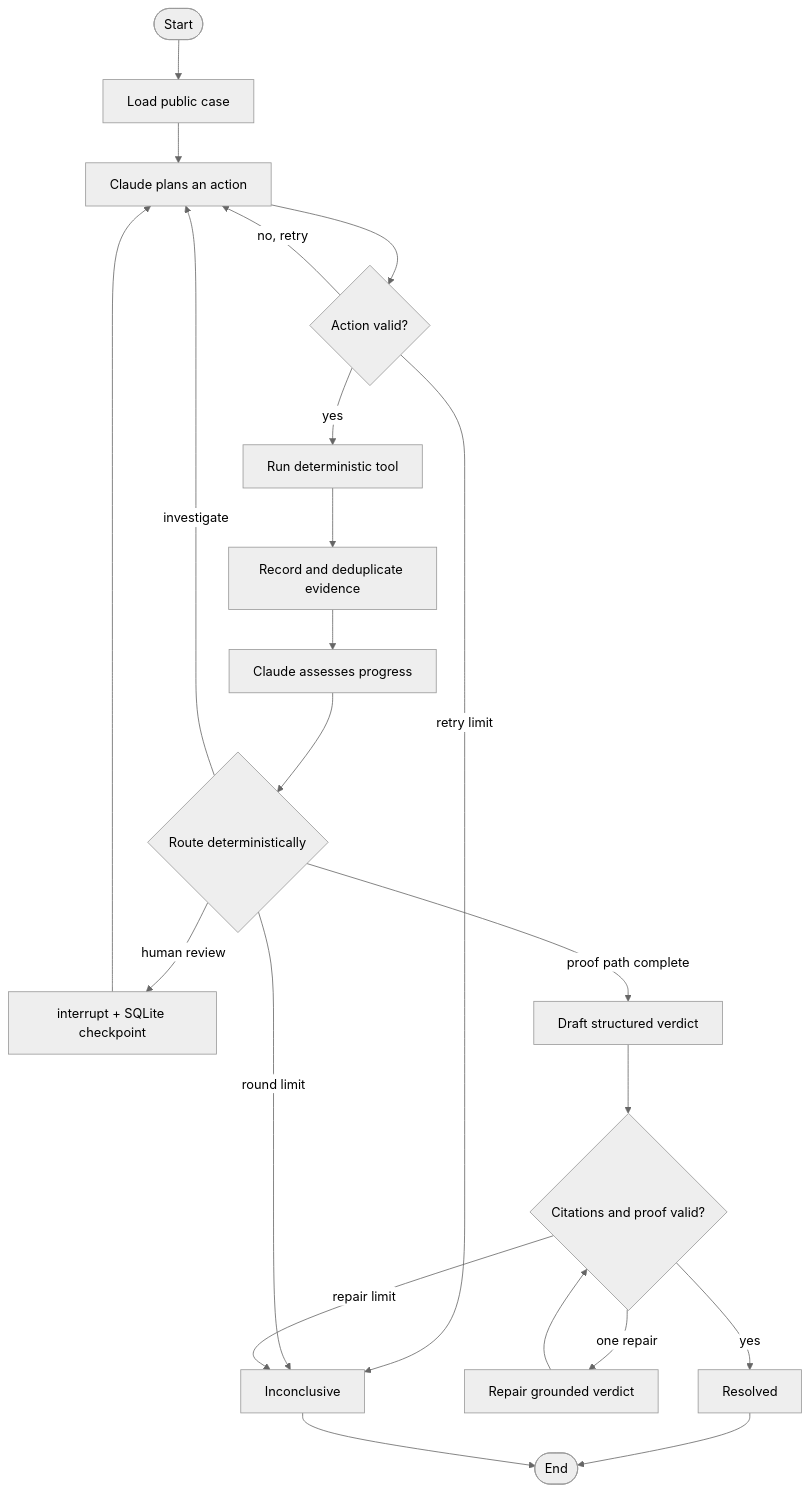
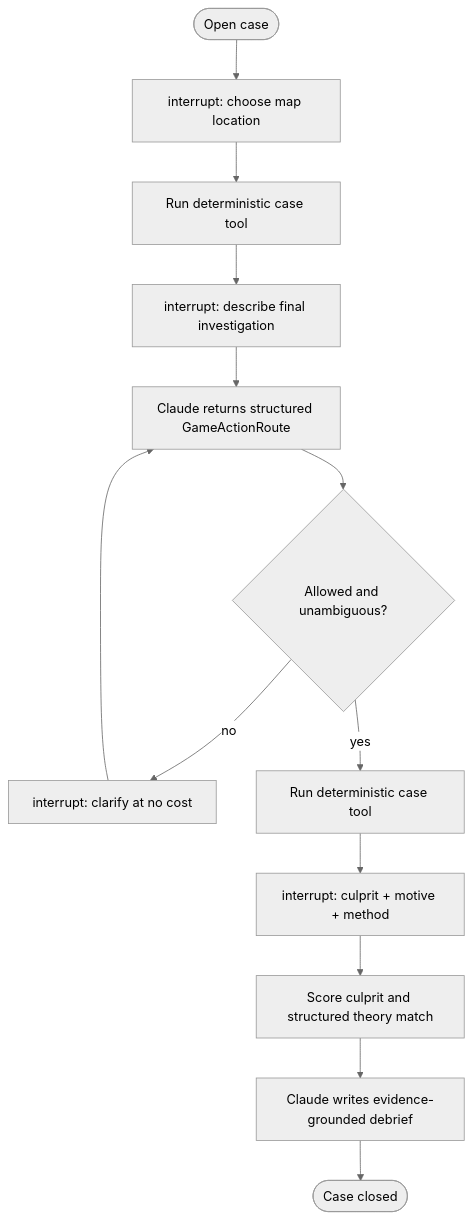
Before and after one commit to DuyPham97/case-closed-langgraph: the diagram in README.md, drawn with Mermaid (neutral theme). The commit also changed other lines of this file and 35 other files, not shown here.

````diff
--- a/README.md
+++ b/README.md
@@ -53,24 +74,15 @@
 ```mermaid
 flowchart TD
-    START([Start]) --> load[Load public case]
-    load --> plan[Claude plans an action]
-    plan --> action{Action valid?}
-    action -- no, retry --> plan
-    action -- retry limit --> stop[Inconclusive]
-    action -- yes --> tool[Run deterministic tool]
-    tool --> record[Record and deduplicate evidence]
-    record --> assess[Claude assesses progress]
-    assess --> route{Route deterministically}
-    route -- investigate --> plan
-    route -- human review --> pause[interrupt + SQLite checkpoint]
-    pause --> plan
-    route -- proof path complete --> verdict[Draft structured verdict]
-    route -- round limit --> stop
-    verdict --> validate{Citations and proof valid?}
-    validate -- one repair --> repair[Repair grounded verdict]
-    repair --> validate
-    validate -- yes --> solved[Resolved]
-    validate -- repair limit --> stop
-    solved --> END([End])
-    stop --> END
+    START([Open case]) --> map[interrupt: choose map location]
+    map --> first[Run deterministic case tool]
+    first --> free[interrupt: describe final investigation]
+    free --> router[Claude returns structured GameActionRoute]
+    router --> understood{Allowed and unambiguous?}
+    understood -- no --> clarify[interrupt: clarify at no cost]
+    clarify --> router
+    understood -- yes --> second[Run deterministic case tool]
+    second --> accuse[interrupt: culprit + motive + method]
+    accuse --> score[Score culprit and structured theory match]
+    score --> debrief[Claude writes evidence-grounded debrief]
+    debrief --> END([Case closed])
 ```
````
